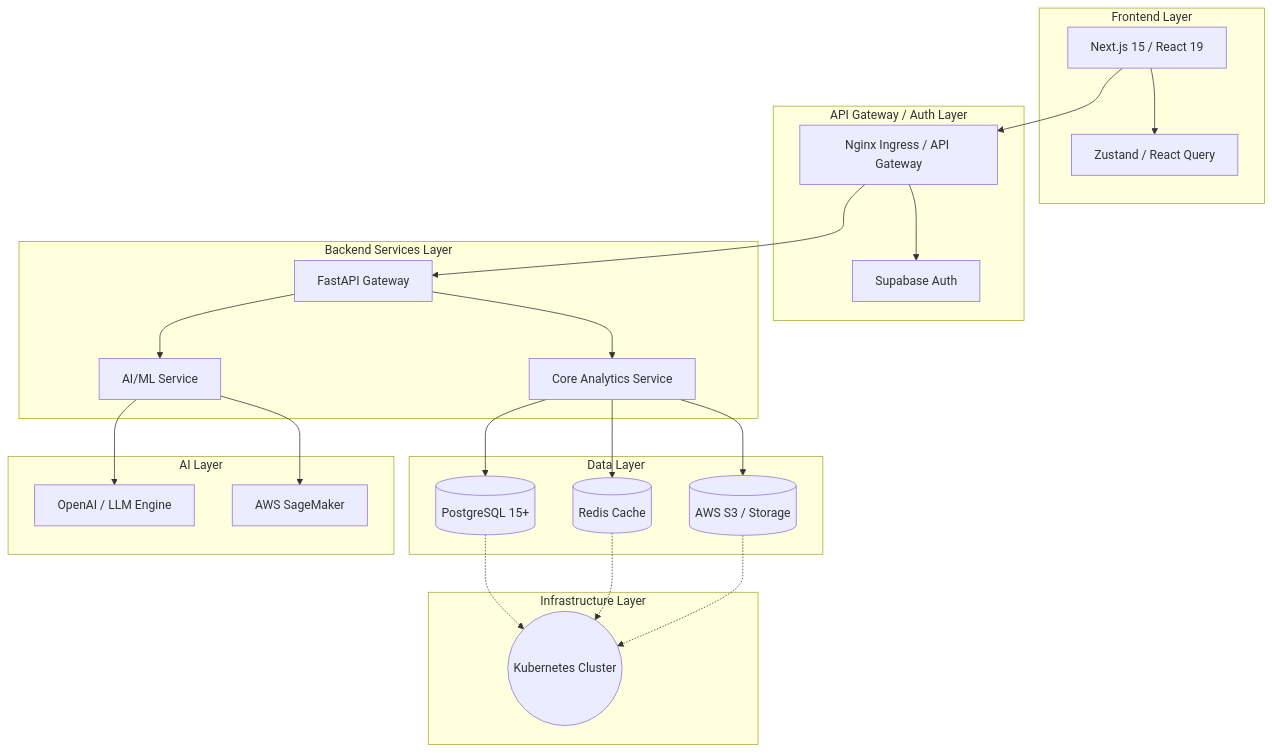
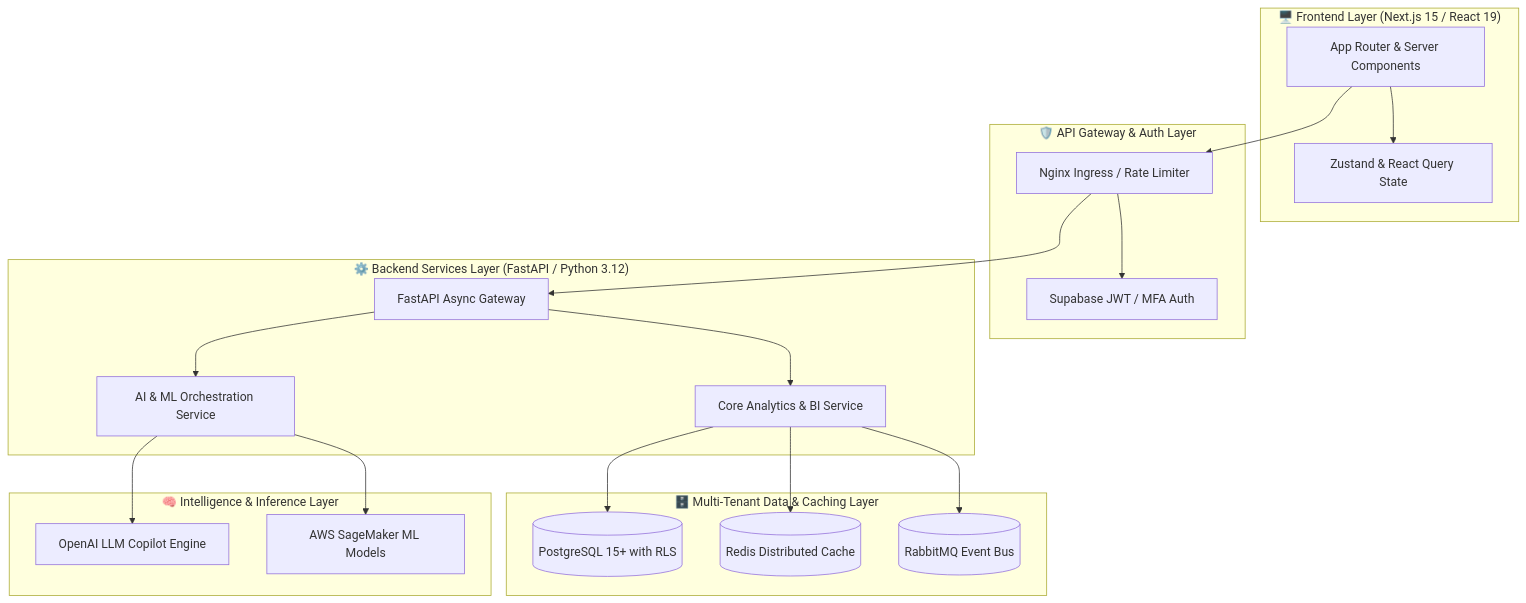
The diagram in README.md (vyankatesh022/AI-Business-Analytics-Dashboard), drawn with Mermaid before and after one commit. The commit also changed other lines of this file and 4 other files, not shown here.

````diff
--- a/README.md
+++ b/README.md
@@ -61,45 +108,40 @@
 ```mermaid
 graph TD
-    subgraph Frontend Layer
-        UI[Next.js 15 / React 19]
-        State[Zustand / React Query]
+    subgraph Frontend Layer ["🖥️ Frontend Layer (Next.js 15 / React 19)"]
+        UI[App Router & Server Components]
+        State[Zustand & React Query State]
         UI --> State
     end
 
-    subgraph API Gateway / Auth Layer
-        Gateway[Nginx Ingress / API Gateway]
-        Auth[Supabase Auth]
+    subgraph Gateway Layer ["🛡️ API Gateway & Auth Layer"]
+        Gateway[Nginx Ingress / Rate Limiter]
+        Auth[Supabase JWT / MFA Auth]
         UI --> Gateway
         Gateway --> Auth
     end
 
-    subgraph Backend Services Layer
-        API[FastAPI Gateway]
-        Core[Core Analytics Service]
-        AIService[AI/ML Service]
+    subgraph Backend Layer ["⚙️ Backend Services Layer (FastAPI / Python 3.12)"]
+        API[FastAPI Async Gateway]
+        Core[Core Analytics & BI Service]
+        AIService[AI & ML Orchestration Service]
         Gateway --> API
         API --> Core
         API --> AIService
     end
 
-    subgraph Data Layer
-        DB[(PostgreSQL 15+)]
-        Cache[(Redis Cache)]
-        Blob[(AWS S3 / Storage)]
+    subgraph Data Layer ["🗄️ Multi-Tenant Data & Caching Layer"]
+        DB[(PostgreSQL 15+ with RLS)]
+        Cache[(Redis Distributed Cache)]
+        Queue[(RabbitMQ Event Bus)]
         Core --> DB
         Core --> Cache
-        Core --> Blob
+        Core --> Queue
     end
 
-    subgraph AI Layer
-        Copilot[OpenAI / LLM Engine]
-        Predictions[AWS SageMaker]
+    subgraph AI Engine Layer ["🧠 Intelligence & Inference Layer"]
+        Copilot[OpenAI LLM Copilot Engine]
+        Predictions[AWS SageMaker ML Models]
         AIService --> Copilot
         AIService --> Predictions
     end
-
-    subgraph Infrastructure Layer
-        K8s((Kubernetes Cluster))
-        DB & Cache & Blob -.-> K8s
-    end
 ```
````
